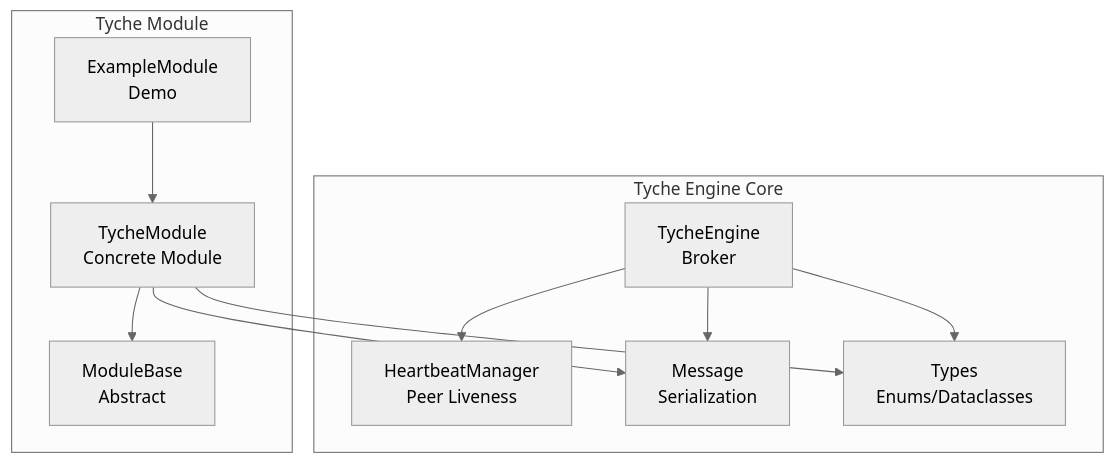
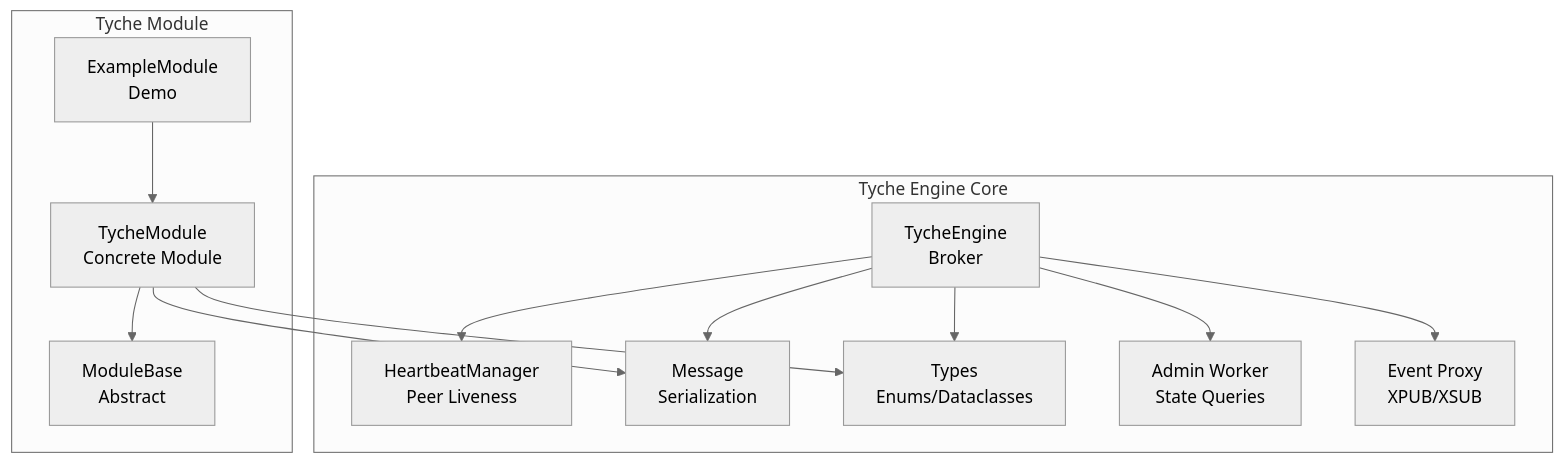
One commit to zt281/TycheEngine changed the first of 8 diagrams in .qoder/repowiki/en/content/Core Components/Core Components.md. Above: the diagram before and after it, drawn with Mermaid (neutral theme). The commit also changed other lines of this file and 5 other files, not shown here.

````diff
--- a/.qoder/repowiki/en/content/Core Components/Core Components.md
+++ b/.qoder/repowiki/en/content/Core Components/Core Components.md
@@ -44,21 +55,25 @@
 ```mermaid
 graph TB
 subgraph "Tyche Engine Core"
 Engine["TycheEngine<br/>Broker"]
 HBMgr["HeartbeatManager<br/>Peer Liveness"]
 Msg["Message<br/>Serialization"]
 Types["Types<br/>Enums/Dataclasses"]
+Admin["Admin Worker<br/>State Queries"]
+EventProxy["Event Proxy<br/>XPUB/XSUB"]
 end
 subgraph "Tyche Module"
 ModBase["ModuleBase<br/>Abstract"]
 TycheMod["TycheModule<br/>Concrete Module"]
 ExMod["ExampleModule<br/>Demo"]
 end
 Engine --> HBMgr
 Engine --> Msg
 Engine --> Types
+Engine --> Admin
+Engine --> EventProxy
 TycheMod --> ModBase
 TycheMod --> Msg
 TycheMod --> Types
 ExMod --> TycheMod
 ```
````
